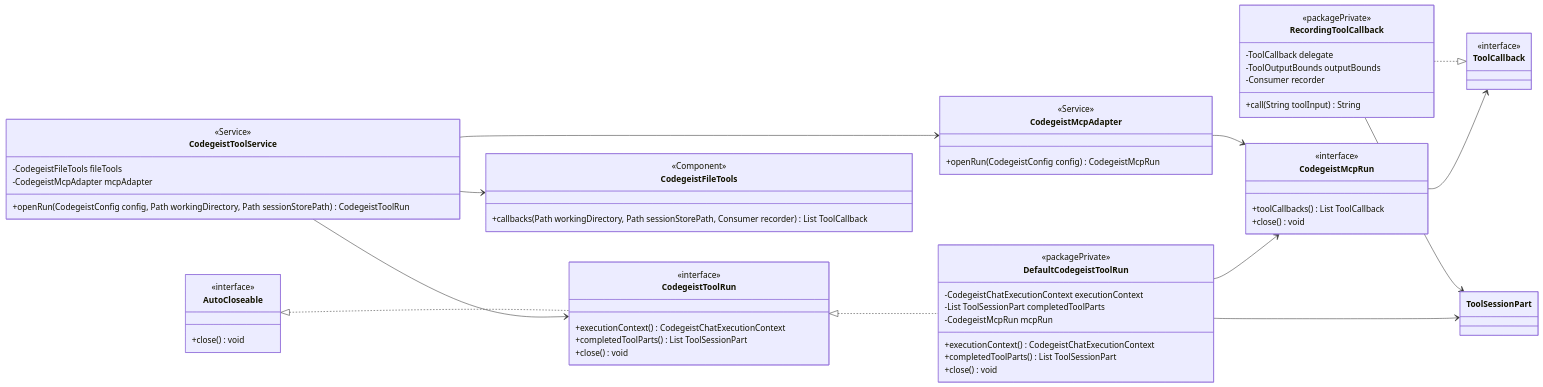
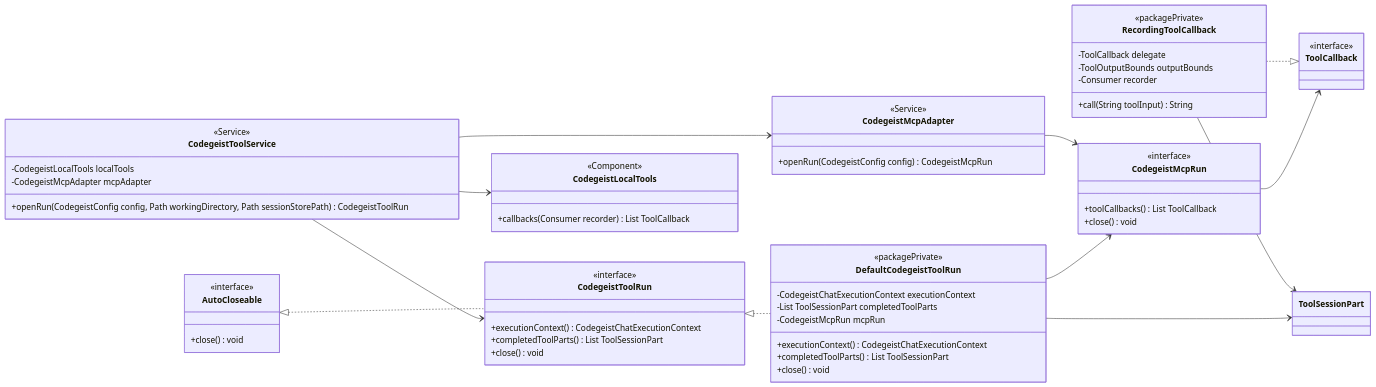
The second of 6 diagrams in docs/tasks/T007_build-codegeist-runtime-harness/mcp-and-readwrite-tools-implementation-plan.md (codegeist-ai/codegeist), drawn with Mermaid before and after one commit. The commit also changed other lines of this file and 33 other files, not shown here.

First line of the commit message:
feat(tool): add local file callbacks

````diff
--- a/docs/tasks/T007_build-codegeist-runtime-harness/mcp-and-readwrite-tools-implementation-plan.md
+++ b/docs/tasks/T007_build-codegeist-runtime-harness/mcp-and-readwrite-tools-implementation-plan.md
@@ -204,75 +204,75 @@
 ```mermaid
 classDiagram
     direction LR
 
     class CodegeistToolService {
       <<Service>>
       <<Slf4j>>
       <<RequiredArgsConstructor>>
-      -CodegeistFileTools fileTools
+      -CodegeistLocalTools localTools
       -CodegeistMcpAdapter mcpAdapter
       +openRun(CodegeistConfig config, Path workingDirectory, Path sessionStorePath) CodegeistToolRun
     }
 
     class CodegeistToolRun {
       <<interface>>
       +executionContext() CodegeistChatExecutionContext
       +completedToolParts() List ToolSessionPart
       +close() void
     }
 
     class DefaultCodegeistToolRun {
       <<packagePrivate>>
       -CodegeistChatExecutionContext executionContext
       -List ToolSessionPart completedToolParts
       -CodegeistMcpRun mcpRun
       +executionContext() CodegeistChatExecutionContext
       +completedToolParts() List ToolSessionPart
       +close() void
     }
 
-    class CodegeistFileTools {
+    class CodegeistLocalTools {
       <<Component>>
-      +callbacks(Path workingDirectory, Path sessionStorePath, Consumer recorder) List ToolCallback
+      +callbacks(Consumer recorder) List ToolCallback
     }
 
     class CodegeistMcpAdapter {
       <<Service>>
       +openRun(CodegeistConfig config) CodegeistMcpRun
     }
 
     class CodegeistMcpRun {
       <<interface>>
       +toolCallbacks() List ToolCallback
       +close() void
     }
 
     class RecordingToolCallback {
       <<packagePrivate>>
       -ToolCallback delegate
       -ToolOutputBounds outputBounds
       -Consumer recorder
       +call(String toolInput) String
     }
 
     class ToolCallback {
       <<interface>>
     }
 
     class AutoCloseable {
       <<interface>>
       +close() void
     }
 
-    CodegeistToolService --> CodegeistFileTools
+    CodegeistToolService --> CodegeistLocalTools
     CodegeistToolService --> CodegeistMcpAdapter
     CodegeistToolService --> CodegeistToolRun
     AutoCloseable <|.. CodegeistToolRun
     CodegeistToolRun <|.. DefaultCodegeistToolRun
     DefaultCodegeistToolRun --> CodegeistMcpRun
     DefaultCodegeistToolRun --> ToolSessionPart
     CodegeistMcpAdapter --> CodegeistMcpRun
     CodegeistMcpRun --> ToolCallback
     RecordingToolCallback ..|> ToolCallback
     RecordingToolCallback --> ToolSessionPart
 ```
````
